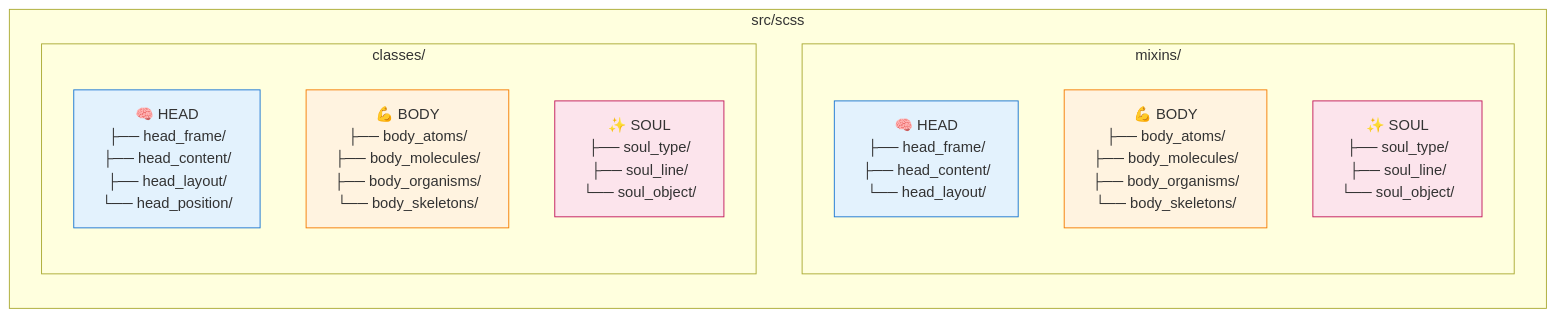
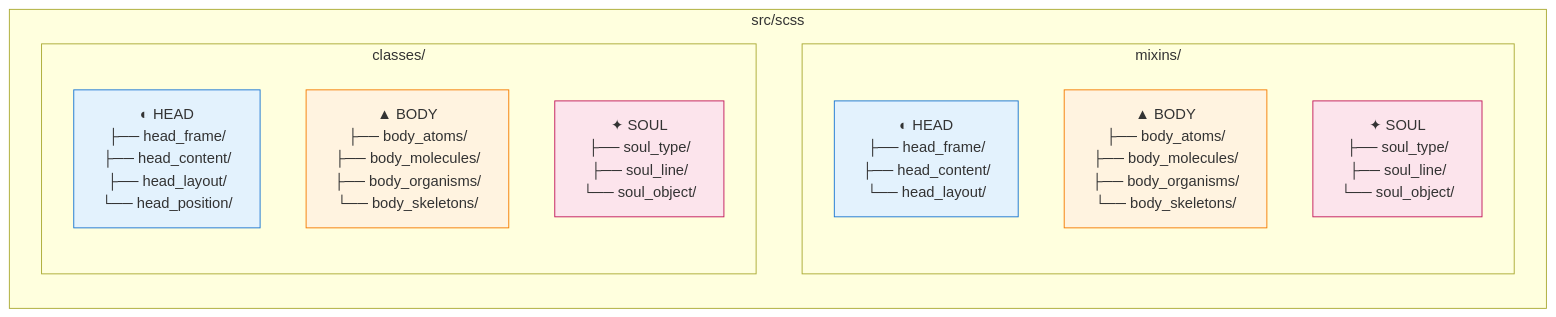
Before and after one commit to stylescape/stylescape: the fourth of 4 diagrams in doc/architecture.md, drawn with Mermaid. The commit also changed other lines of this file and 563 other files, not shown here.

````diff
--- a/doc/architecture.md
+++ b/doc/architecture.md
@@ -368,52 +368,52 @@
 ```mermaid
 graph TD
     subgraph src/scss
         direction TB
 
         subgraph mixins["mixins/"]
             direction TB
-            M_HEAD["🧠 HEAD
+            M_HEAD["◐ HEAD
             ├── head_frame/
             ├── head_content/
             └── head_layout/"]
 
-            M_BODY["💪 BODY
+            M_BODY["▲ BODY
             ├── body_atoms/
             ├── body_molecules/
             ├── body_organisms/
             └── body_skeletons/"]
 
-            M_SOUL["✨ SOUL
+            M_SOUL["✦ SOUL
             ├── soul_type/
             ├── soul_line/
             └── soul_object/"]
         end
 
         subgraph classes["classes/"]
             direction TB
-            C_HEAD["🧠 HEAD
+            C_HEAD["◐ HEAD
             ├── head_frame/
             ├── head_content/
             ├── head_layout/
             └── head_position/"]
 
-            C_BODY["💪 BODY
+            C_BODY["▲ BODY
             ├── body_atoms/
             ├── body_molecules/
             ├── body_organisms/
             └── body_skeletons/"]
 
-            C_SOUL["✨ SOUL
+            C_SOUL["✦ SOUL
             ├── soul_type/
             ├── soul_line/
             └── soul_object/"]
         end
     end
 
     style M_HEAD fill:#e3f2fd,stroke:#1976d2
     style M_BODY fill:#fff3e0,stroke:#f57c00
     style M_SOUL fill:#fce4ec,stroke:#c2185b
     style C_HEAD fill:#e3f2fd,stroke:#1976d2
     style C_BODY fill:#fff3e0,stroke:#f57c00
     style C_SOUL fill:#fce4ec,stroke:#c2185b
 ```
````
